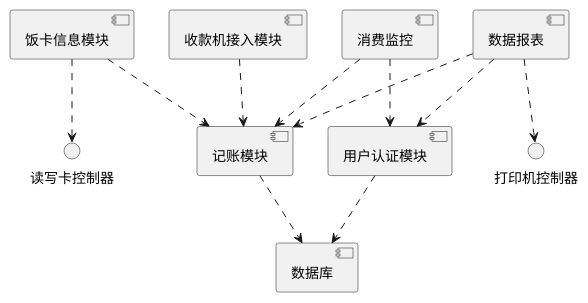
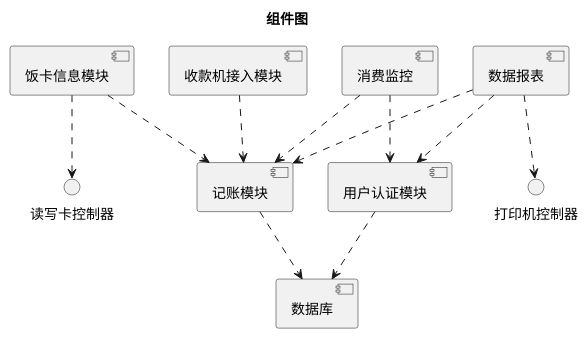
Before and after one commit to cxl086/architectCampus: the second of 6 diagrams in week1/作业.md, drawn with PlantUML. The commit also changed other lines of this file, not shown here.

Commit message:
week1 diagrams.

````diff
--- a/week1/作业.md
+++ b/week1/作业.md
@@ -41,26 +42,28 @@
 ```plantuml
 @startuml
+
+title 组件图
 
 () "读写卡控制器" as nfc
 () "打印机控制器" as printer
 [用户认证模块] as auth 
 [饭卡信息模块] as card 
 [收款机接入模块] as cashier
 [记账模块] as trade
 [数据库] as db
 [消费监控] as web
 [数据报表] as report
 
 web ..> trade
 report ..> printer
 report ..> trade
 card ..> nfc
 card ..> trade
 cashier ..> trade
 web ..> auth
 report ..> auth
 auth ..> db
 trade ..> db
 
 @enduml
 ```
````
